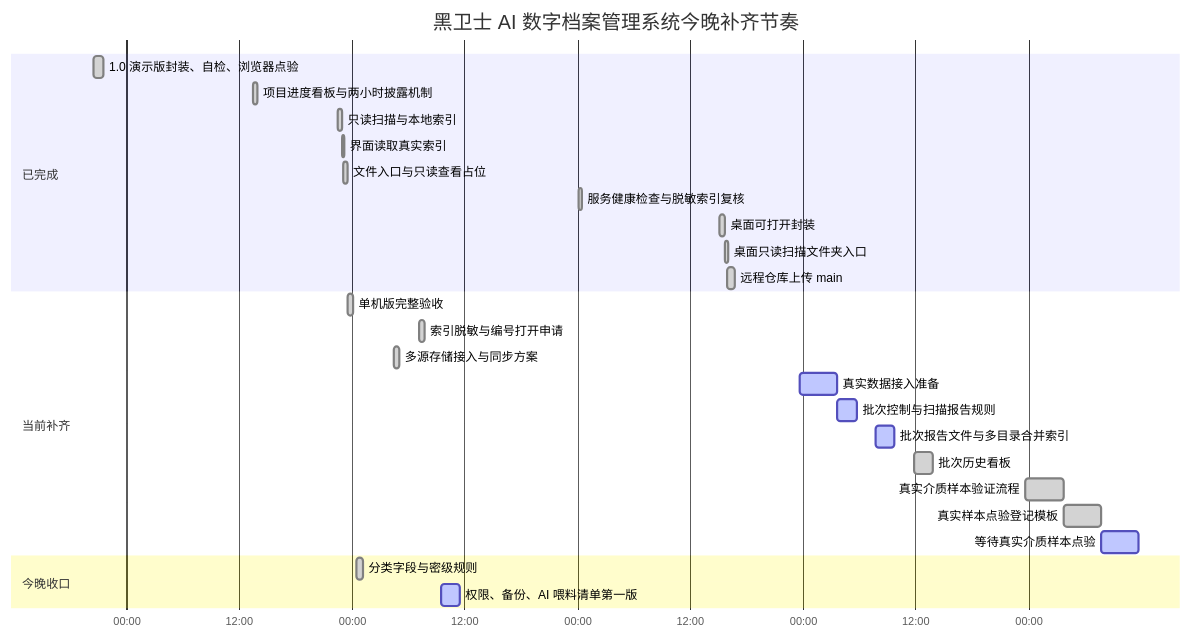
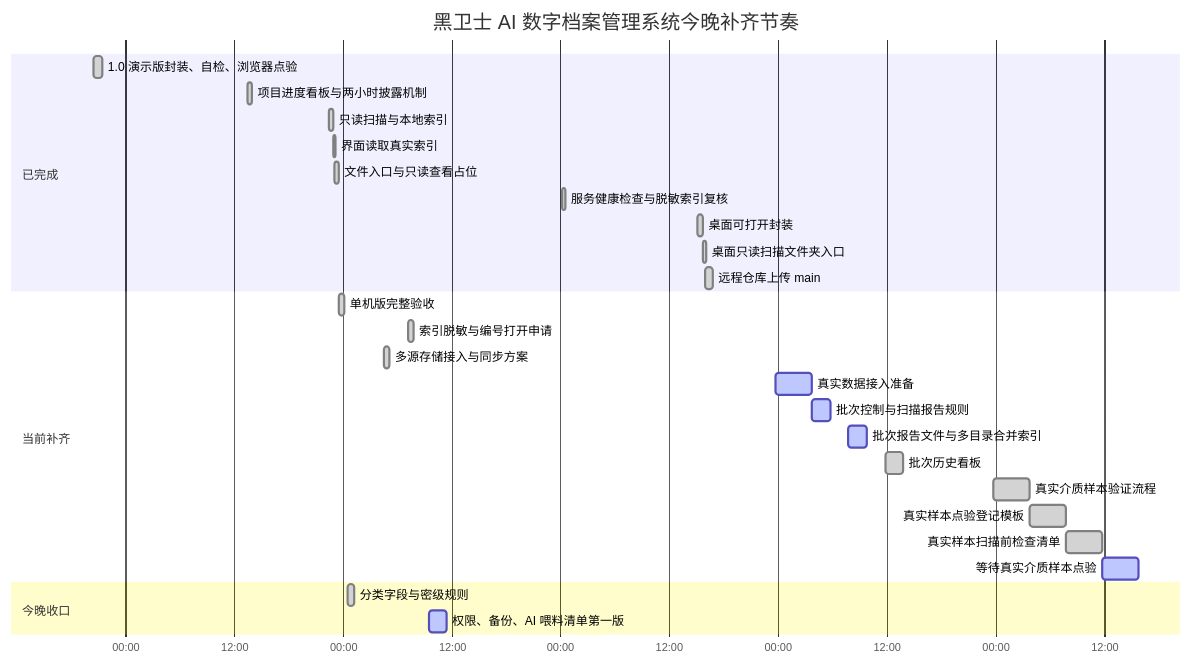
One commit to okalexhohongkong/aiDigitalArchives changed the diagram in 项目进度看板.md. Above: the diagram before and after it, drawn with Mermaid. The commit also changed other lines of this file and 7 other files, not shown here.

````diff
--- a/项目进度看板.md
+++ b/项目进度看板.md
@@ -9,33 +9,34 @@
 ```mermaid
 gantt
   title 黑卫士 AI 数字档案管理系统今晚补齐节奏
   dateFormat  YYYY-MM-DD HH:mm
   axisFormat  %H:%M
 
   section 已完成
   1.0 演示版封装、自检、浏览器点验        :done, demo-1, 2026-06-21 20:30, 1h
   项目进度看板与两小时披露机制             :done, demo-2, 2026-06-22 13:30, 25m
   只读扫描与本地索引                      :done, local-2, 2026-06-22 22:30, 25m
   界面读取真实索引                        :done, local-3, 2026-06-22 22:55, 20m
   文件入口与只读查看占位                   :done, local-4, 2026-06-22 23:05, 25m
   服务健康检查与脱敏索引复核                :done, local-health, 2026-06-24 00:10, 20m
   桌面可打开封装                           :done, desktop-1, 2026-06-24 15:10, 35m
   桌面只读扫描文件夹入口                    :done, desktop-2, 2026-06-24 15:43, 20m
   远程仓库上传 main                         :done, remote-1, 2026-06-24 16:00, 45m
 
   section 当前补齐
   单机版完整验收                          :done, local-5, 2026-06-22 23:35, 35m
   索引脱敏与编号打开申请                   :done, local-6, 2026-06-23 07:10, 35m
   多源存储接入与同步方案                   :done, storage-1, 2026-06-23 04:30, 35m
   真实数据接入准备                         :active, intake-1, 2026-06-24 23:42, 4h
   批次控制与扫描报告规则                   :active, intake-2, 2026-06-25 03:44, 2h
   批次报告文件与多目录合并索引              :active, intake-3, 2026-06-25 07:47, 2h
   批次历史看板                            :done, intake-4, 2026-06-25 11:50, 2h
   真实介质样本验证流程                    :done, intake-5, 2026-06-25 23:45, 4h
   真实样本点验登记模板                    :done, intake-6, 2026-06-26 03:46, 4h
-  等待真实介质样本点验                    :active, intake-7, 2026-06-26 07:46, 4h
+  真实样本扫描前检查清单                  :done, intake-7, 2026-06-26 07:46, 4h
+  等待真实介质样本点验                    :active, intake-8, 2026-06-26 11:46, 4h
 
   section 今晚收口
   分类字段与密级规则                       :done, class-1, 2026-06-23 00:30, 45m
   权限、备份、AI 喂料清单第一版             :active, class-2, 2026-06-23 09:30, 2h
 ```
````
